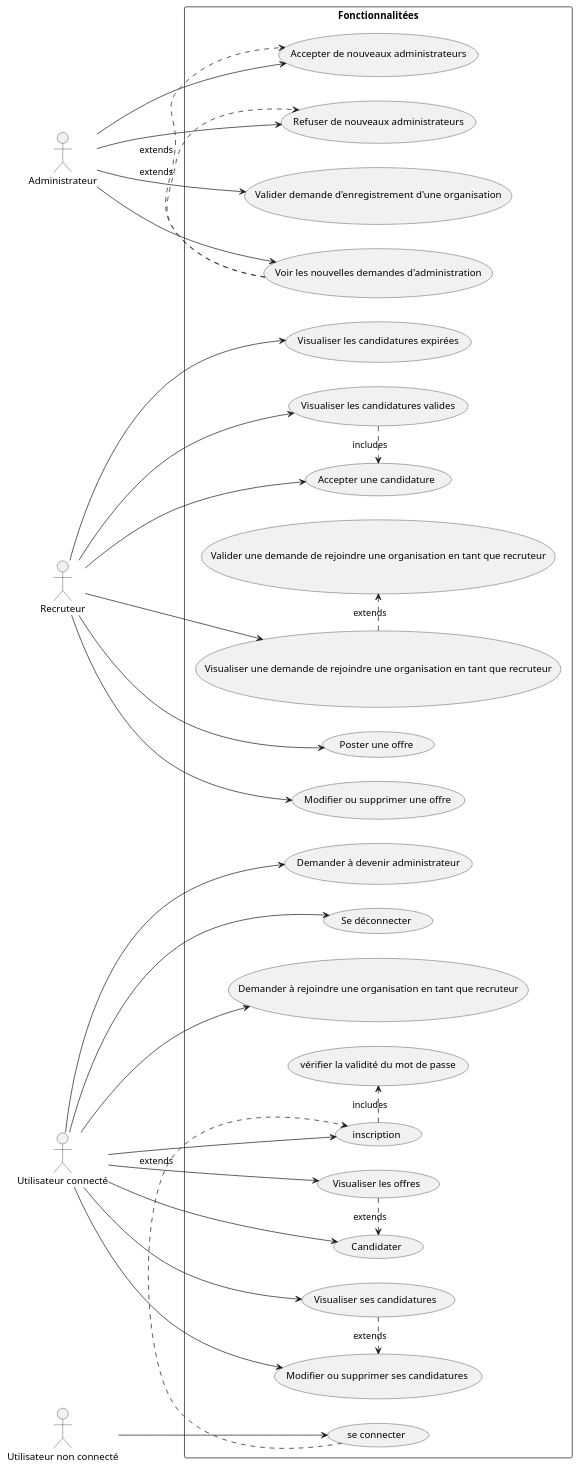
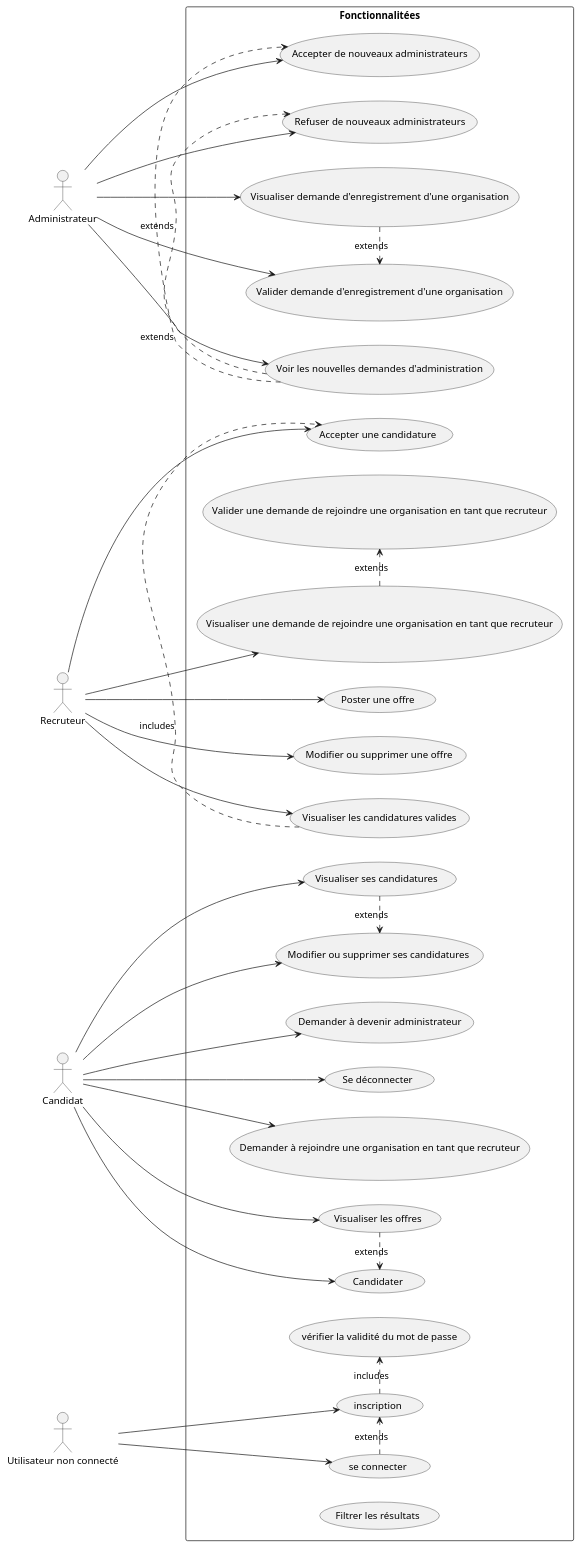
One commit to alexandreeberhardt/SR10_Website changed the diagram in TD1/usecase.puml. Above: the diagram before and after it, drawn with PlantUML. The commit also changed 1 other file, not shown here.

```diff
--- a/TD1/usecase.puml
+++ b/TD1/usecase.puml
@@ -1,64 +1,69 @@
 @startuml
 
 
 
 left to right direction
 rectangle Fonctionnalitées {
 "Accepter une candidature" as (f1)
 "Poster une offre" as (f2)
 "Visualiser les offres" as (f3)
 "se connecter" as (f4)
 "inscription" as (f7)
 "Accepter de nouveaux administrateurs" as (f5)
 "Demander à devenir administrateur" as (f6)
 "vérifier la validité du mot de passe" as (f8)
 "Voir les nouvelles demandes d'administration" as (f9)
 "Candidater" as (f10)
 "Se déconnecter" as (f11)
 "Visualiser les candidatures valides" as (f12)
 "Modifier ou supprimer une offre" as (f13)
 "Valider demande d'enregistrement d'une organisation" as (f14)
+"Visualiser demande d'enregistrement d'une organisation" as (f22)
 "Visualiser une demande de rejoindre une organisation en tant que recruteur" as (f15)
 "Valider une demande de rejoindre une organisation en tant que recruteur" as (f16)
 "Demander à rejoindre une organisation en tant que recruteur" as (f17)
 "Visualiser ses candidatures " as (f18)
 "Modifier ou supprimer ses candidatures " as (f19)
 "Refuser de nouveaux administrateurs" as (f20)
-"Visualiser les candidatures expirées" as (f21)
+"Filtrer les résultats" as (f21)
 
 
 
 (f4) .> (f7) : extends
 (f7) .> (f8) : includes
 (f9) .> (f5) : extends
 (f3) .> (f10) :extends
 (f12) .> (f1) : includes
 (f15) .> (f16) : extends
 (f18) .> (f19) : extends
 (f9) .> (f20) : extends
+(f22) .> (f14) : extends
+
 
 }
 :Administrateur: --> (f5)
 :Administrateur: --> (f9)
 :Administrateur: --> (f14)
+:Administrateur: --> (f22)
+
 :Administrateur: --> (f20)
 :Recruteur: --> (f1)
 :Recruteur: --> (f2)
 :Recruteur: --> (f12)
 :Recruteur: --> (f13)
 :Recruteur: --> (f15)
-:Recruteur: --> (f21)
-:Utilisateur connecté: --> (f3)
-:Utilisateur connecté: --> (f6)
-:Utilisateur connecté: --> (f7)
-:Utilisateur connecté: --> (f10)
-:Utilisateur connecté: --> (f11)
-:Utilisateur connecté: --> (f17)
-:Utilisateur connecté: --> (f18)
-:Utilisateur connecté: --> (f19)
+:Candidat: --> (f3)
+:Candidat: --> (f6)
+:Candidat: --> (f10)
+:Candidat: --> (f11)
+:Candidat: --> (f17)
+:Candidat: --> (f18)
+:Candidat: --> (f19)
+
+:Utilisateur non connecté: --> (f7)
 :Utilisateur non connecté: --> (f4)
 
 
 
 
 @enduml
```
